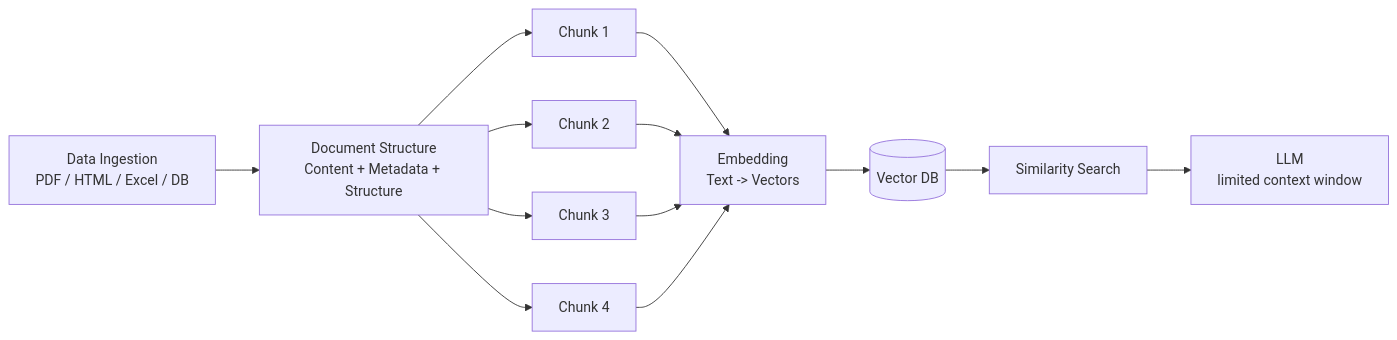
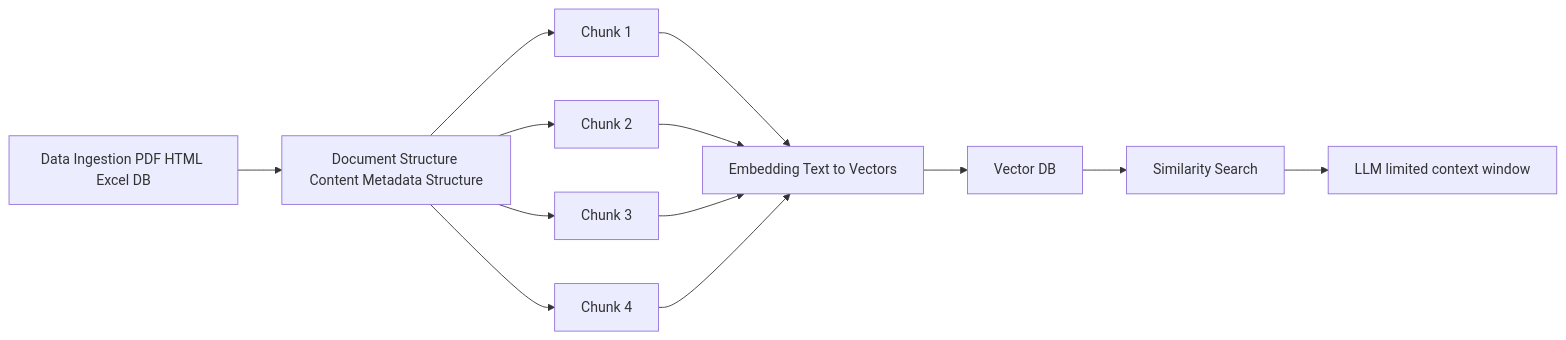
One commit to Roshann78/RAG-BASICS changed the second of 4 diagrams in notes/part-02-document-structure-and-rag-pipeline.md. Above: the diagram before and after it, drawn with Mermaid. The commit also changed other lines of this file, not shown here.

````diff
--- a/notes/part-02-document-structure-and-rag-pipeline.md
+++ b/notes/part-02-document-structure-and-rag-pipeline.md
@@ -74,28 +74,28 @@
 ```mermaid
 flowchart LR
-  DI[Data Ingestion<br/>PDF / HTML / Excel / DB]
-  DS[Document Structure<br/>Content + Metadata + Structure]
+  DI[Data Ingestion PDF HTML Excel DB]
+  DS[Document Structure Content Metadata Structure]
   C1[Chunk 1]
   C2[Chunk 2]
   C3[Chunk 3]
   C4[Chunk 4]
-  EMB[Embedding<br/>Text -> Vectors]
-  VDB[(Vector DB)]
+  EMB[Embedding Text to Vectors]
+  VDB[Vector DB]
   SS[Similarity Search]
-  LLM[LLM<br/>limited context window]
+  LLM[LLM limited context window]
 
   DI --> DS
   DS --> C1
   DS --> C2
   DS --> C3
   DS --> C4
 
   C1 --> EMB
   C2 --> EMB
   C3 --> EMB
   C4 --> EMB
 
   EMB --> VDB
   VDB --> SS
   SS --> LLM
 ```
````
